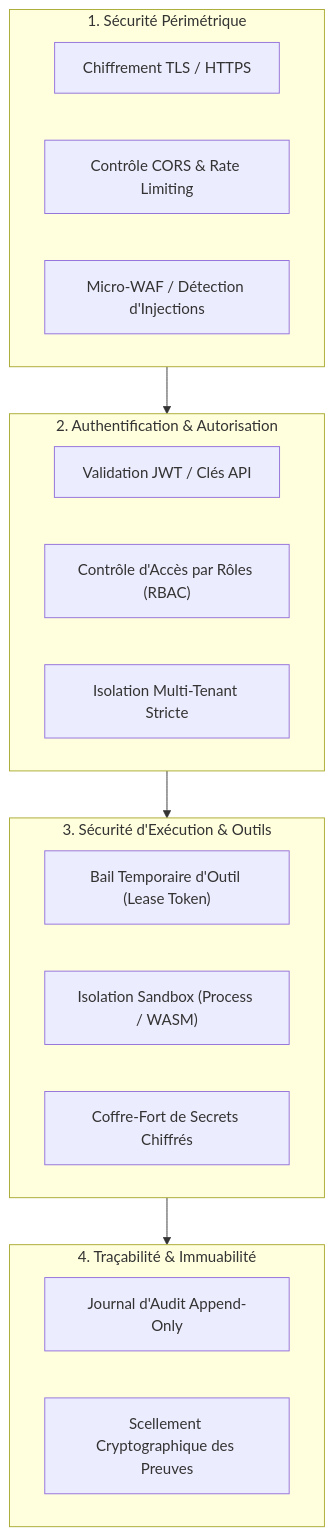
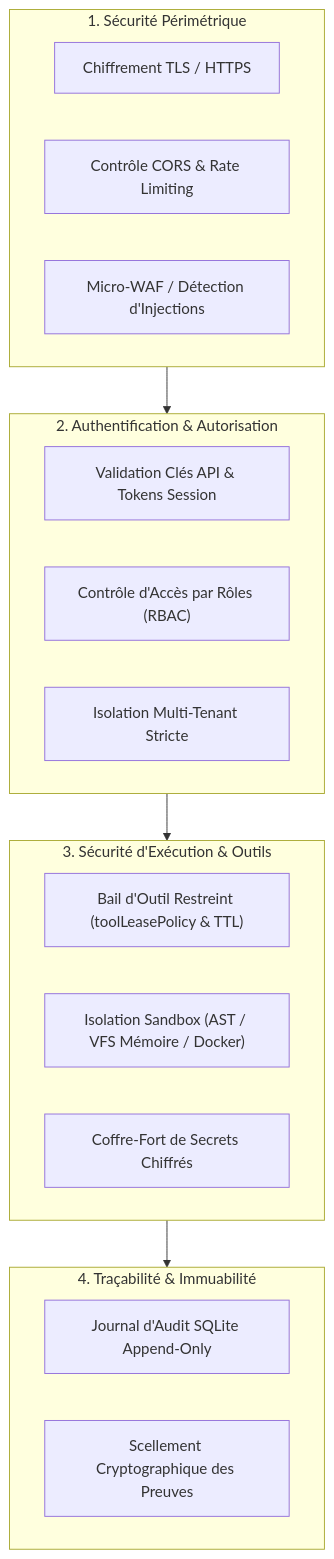
One commit to PISSARAW/GenOS changed the third of 4 diagrams in docs/SECURITE.md. Above: the diagram before and after it, drawn with Mermaid. The commit also changed other lines of this file and 5 other files, not shown here.

Commit message:
[EVOLUTION] Point 4: Durcissement des tool leases et alignement de la sandbox et securite

````diff
--- a/docs/SECURITE.md
+++ b/docs/SECURITE.md
@@ -745,29 +745,29 @@
 ```mermaid
 flowchart TB
     subgraph Perimeter["1. Sécurité Périmétrique"]
         TLS["Chiffrement TLS / HTTPS"]
         CORS["Contrôle CORS & Rate Limiting"]
         WAF["Micro-WAF / Détection d'Injections"]
     end
 
     subgraph AuthLayer["2. Authentification & Autorisation"]
-        JWT["Validation JWT / Clés API"]
+        APIKeys["Validation Clés API & Tokens Session"]
         RBAC["Contrôle d'Accès par Rôles (RBAC)"]
         TenantGuard["Isolation Multi-Tenant Stricte"]
     end
 
     subgraph ExecutionSecurity["3. Sécurité d'Exécution & Outils"]
-        MCPLease["Bail Temporaire d'Outil (Lease Token)"]
-        SandboxIsolation["Isolation Sandbox (Process / WASM)"]
+        MCPLease["Bail d'Outil Restreint (toolLeasePolicy & TTL)"]
+        SandboxIsolation["Isolation Sandbox (AST / VFS Mémoire / Docker)"]
         SecretVault["Coffre-Fort de Secrets Chiffrés"]
     end
 
     subgraph AuditTrail["4. Traçabilité & Immuabilité"]
-        EventAudit["Journal d'Audit Append-Only"]
+        EventAudit["Journal d'Audit SQLite Append-Only"]
         TamperProof["Scellement Cryptographique des Preuves"]
     end
 
     Perimeter --> AuthLayer
     AuthLayer --> ExecutionSecurity
     ExecutionSecurity --> AuditTrail
 ```
````
